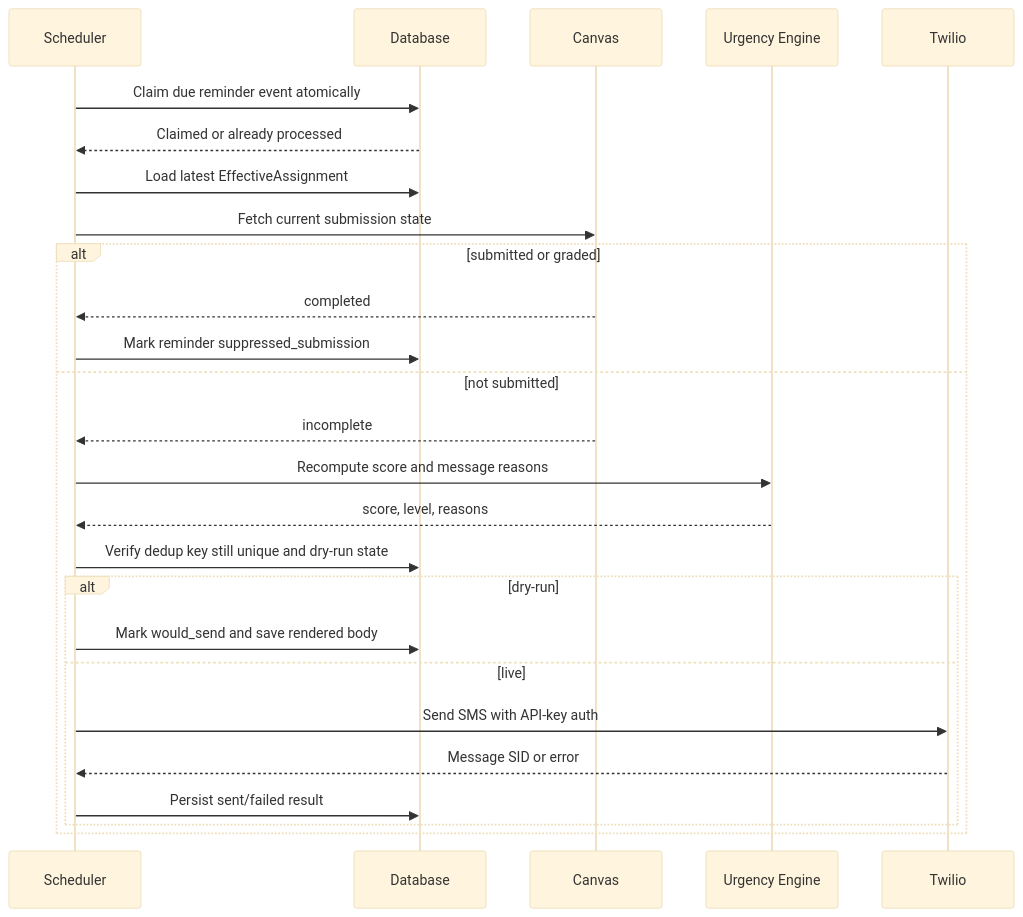
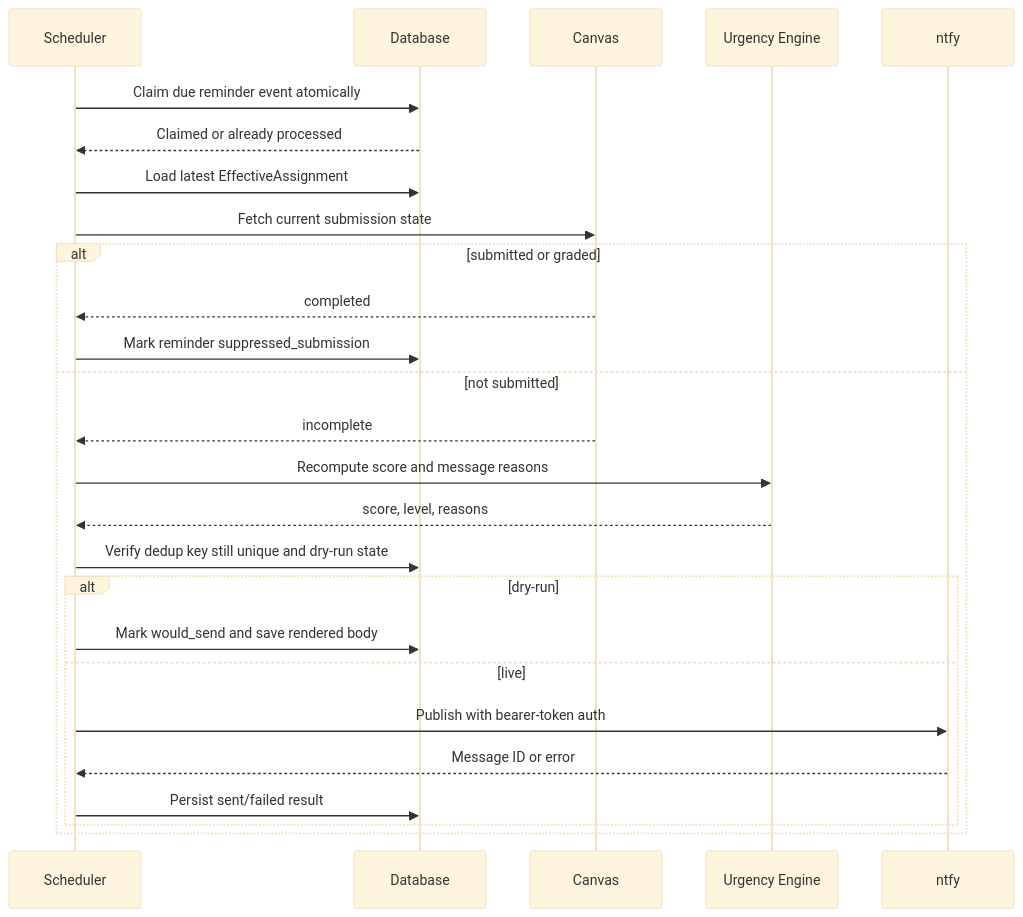
Before and after one commit to FredoBangin/DueSoon-Odysseus: the third of 5 diagrams in DUESOON_CODEX_CONTEXT.md, drawn with Mermaid (base theme). The commit also changed other lines of this file and 33 other files, not shown here.

````diff
--- a/DUESOON_CODEX_CONTEXT.md
+++ b/DUESOON_CODEX_CONTEXT.md
@@ -255,29 +256,29 @@
 ```mermaid
 sequenceDiagram
     participant S as Scheduler
     participant DB as Database
     participant C as Canvas
     participant U as Urgency Engine
-    participant T as Twilio
+    participant T as ntfy
 
     S->>DB: Claim due reminder event atomically
     DB-->>S: Claimed or already processed
     S->>DB: Load latest EffectiveAssignment
     S->>C: Fetch current submission state
     alt submitted or graded
         C-->>S: completed
         S->>DB: Mark reminder suppressed_submission
     else not submitted
         C-->>S: incomplete
         S->>U: Recompute score and message reasons
         U-->>S: score, level, reasons
         S->>DB: Verify dedup key still unique and dry-run state
         alt dry-run
             S->>DB: Mark would_send and save rendered body
         else live
-            S->>T: Send SMS with API-key auth
-            T-->>S: Message SID or error
+            S->>T: Publish with bearer-token auth
+            T-->>S: Message ID or error
             S->>DB: Persist sent/failed result
         end
     end
 ```
````
